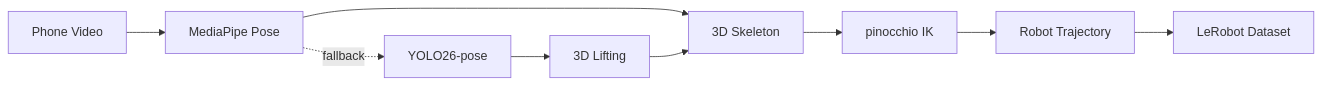
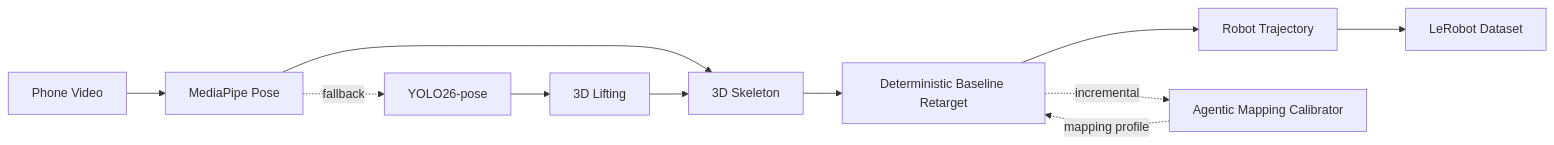
Before and after one commit to InNoobWeTrust/aabw-2026: the first of 2 diagrams in docs/README-original.md, drawn with Mermaid. The commit also changed other lines of this file and 11 other files, not shown here.

Commit message:
feat: add profile-driven retarget mapping foundation

````diff
--- a/docs/README-original.md
+++ b/docs/README-original.md
@@ -15,11 +15,13 @@
 ```mermaid
 graph LR
     A[Phone Video] --> B[MediaPipe Pose]
     B --> C[3D Skeleton]
-    C --> D[pinocchio IK]
+    C --> D[Deterministic Baseline Retarget]
     D --> E[Robot Trajectory]
     E --> F[LeRobot Dataset]
+    D -.->|incremental| I[Agentic Mapping Calibrator]
+    I -.->|mapping profile| D
     B -.->|fallback| G[YOLO26-pose]
     G --> H[3D Lifting]
     H --> C
 ```
````
